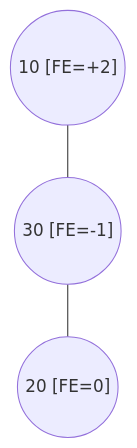
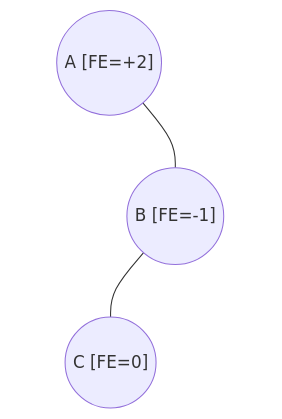
Diagram 28 of 34 in 03-arboles.md (frijolitobandido/Guia_Matematica_Discreta), drawn with Mermaid before and after one commit. The commit also changed other lines of this file, not shown here.

````diff
--- a/03-arboles.md
+++ b/03-arboles.md
@@ -664,5 +722,10 @@
 ```mermaid
 graph TD
-    g1(("10 [FE=+2]")) --- g2(("30 [FE=-1]"))
-    g2 --- g3(("20 [FE=0]"))
+    g1(("A [FE=+2]")) --- sp1[" "]:::invis
+    g1 --- g2(("B [FE=-1]"))
+    g2 --- g3(("C [FE=0]"))
+    g2 --- sp2[" "]:::invis
+
+    classDef invis fill:none,stroke:none,color:none
+    linkStyle 0,3 stroke:none;
 ```
````
